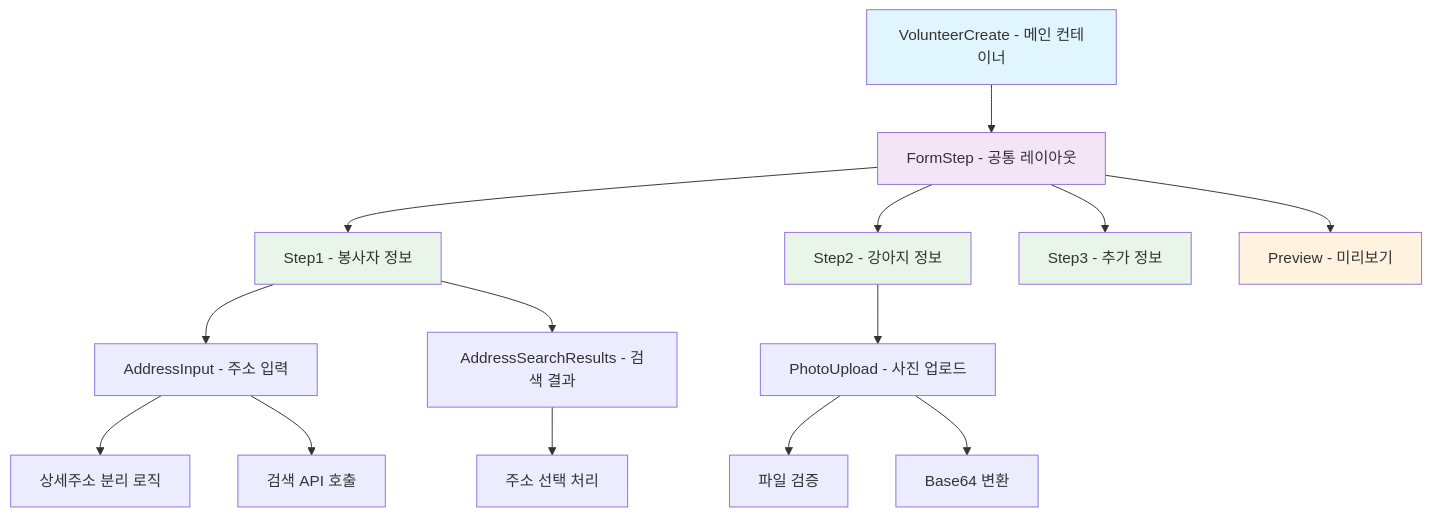
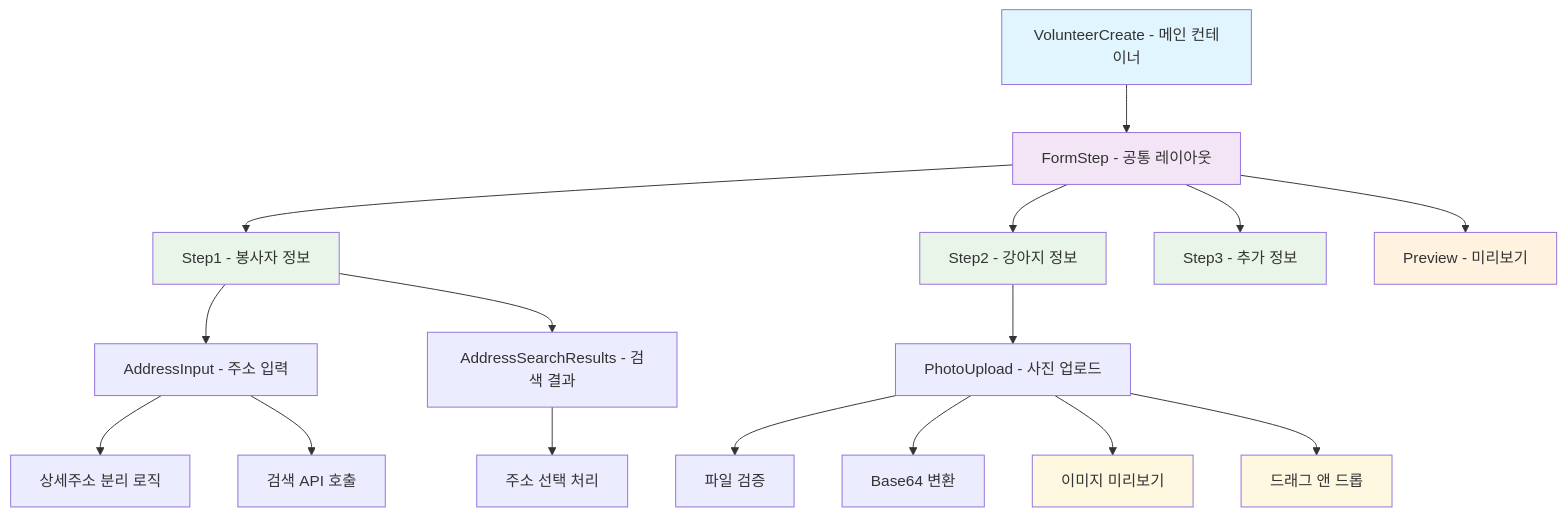
The second of 5 diagrams in docs/worklog/20250908_봉사활동_작성_기능_개발_및_주소_검색_시스템_구현.md (cheesepizza453/move_togaether), drawn with Mermaid before and after one commit. The commit also changed other lines of this file and 5 other files, not shown here.

Commit message:
봉사자 등록 API 개선 및 이미지 업로드 기능 강화: 환경 변수 검증 추가, 인증 헤더 처리 개선, 이미지 미리보기 및 드래그 앤 드롭 기능 구현. 폼 데이터 상태 관리 및 에러 핸들링 로직 강화로 사용자 경험 향상.

````diff
--- a/docs/worklog/20250908_봉사활동_작성_기능_개발_및_주소_검색_시스템_구현.md
+++ b/docs/worklog/20250908_봉사활동_작성_기능_개발_및_주소_검색_시스템_구현.md
@@ -74,28 +85,32 @@
 ```mermaid
 graph TD
     A[VolunteerCreate - 메인 컨테이너] --> B[FormStep - 공통 레이아웃]
 
     B --> C[Step1 - 봉사자 정보]
     B --> D[Step2 - 강아지 정보]
     B --> E[Step3 - 추가 정보]
     B --> F[Preview - 미리보기]
 
     C --> G[AddressInput - 주소 입력]
     C --> H[AddressSearchResults - 검색 결과]
 
     D --> I[PhotoUpload - 사진 업로드]
 
     G --> J[상세주소 분리 로직]
     G --> K[검색 API 호출]
     H --> L[주소 선택 처리]
 
     I --> M[파일 검증]
     I --> N[Base64 변환]
+    I --> O[이미지 미리보기]
+    I --> P[드래그 앤 드롭]
 
     style A fill:#e1f5fe
     style B fill:#f3e5f5
     style C fill:#e8f5e8
     style D fill:#e8f5e8
     style E fill:#e8f5e8
     style F fill:#fff3e0
+    style O fill:#fff8e1
+    style P fill:#fff8e1
 ```
````
